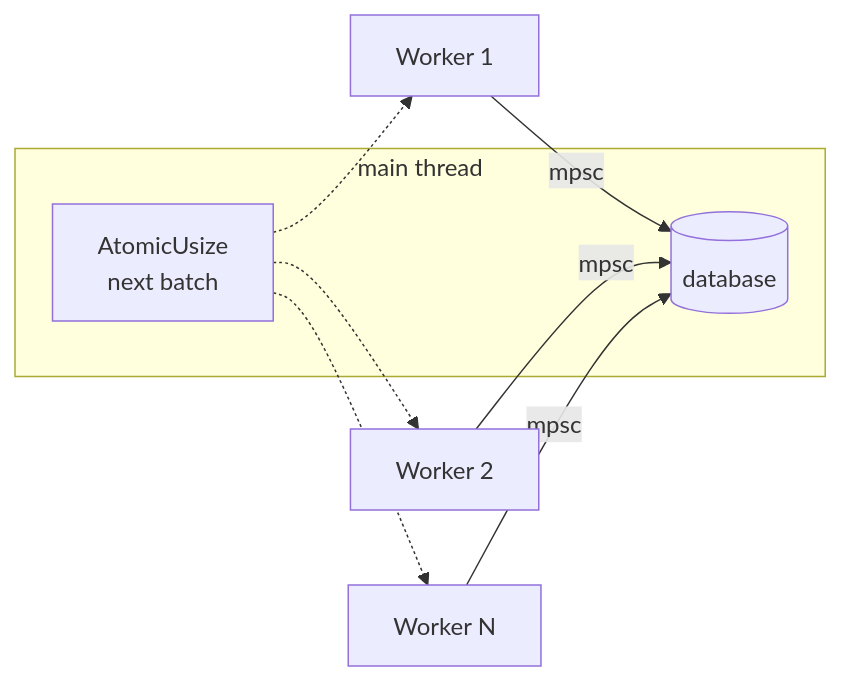
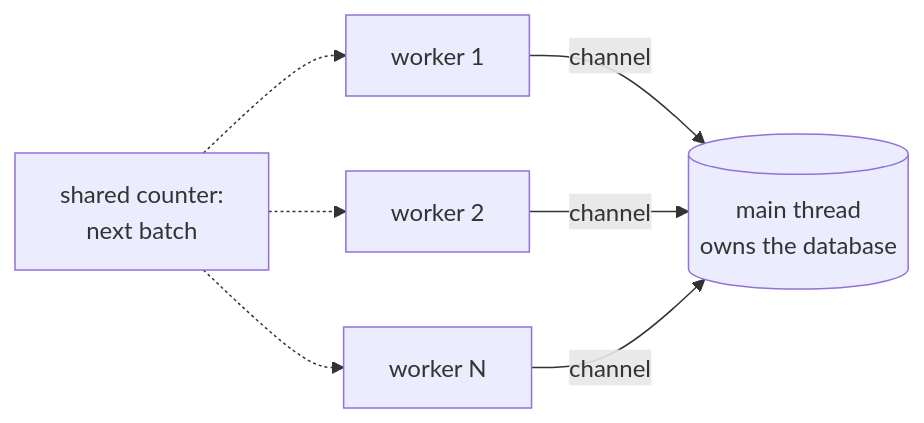
One commit to kvandeh/Angelo changed the second of 2 diagrams in docs/04-architecture.md. Above: the diagram before and after it, drawn with Mermaid. The commit also changed other lines of this file and 26 other files, not shown here.

````diff
--- a/docs/04-architecture.md
+++ b/docs/04-architecture.md
@@ -63,13 +75,9 @@
 ```mermaid
 flowchart LR
-    subgraph main thread
-    Q[AtomicUsize<br/>next batch] 
-    D[(database)]
-    end
-    W1[Worker 1] -->|mpsc| D
-    W2[Worker 2] -->|mpsc| D
-    W3[Worker N] -->|mpsc| D
-    Q -.-> W1
-    Q -.-> W2
-    Q -.-> W3
+    Q[shared counter:<br/>next batch] -.-> W1[worker 1]
+    Q -.-> W2[worker 2]
+    Q -.-> W3[worker N]
+    W1 -->|channel| D[(main thread<br/>owns the database)]
+    W2 -->|channel| D
+    W3 -->|channel| D
 ```
````
